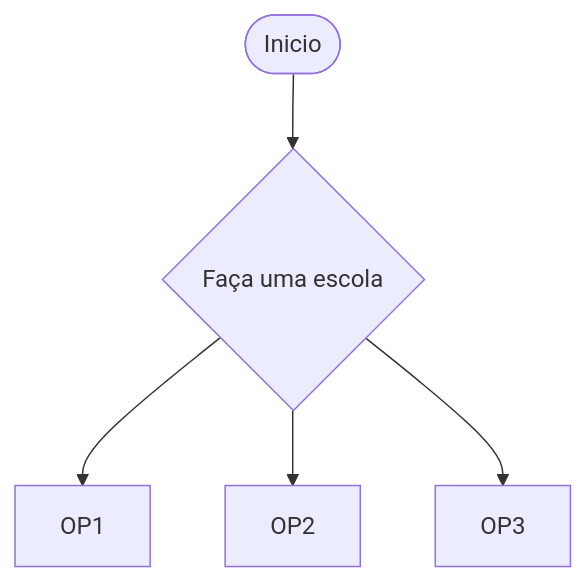
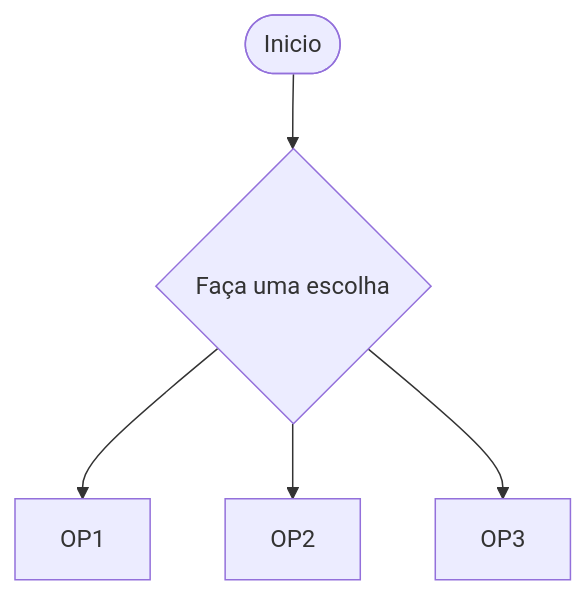
Before and after one commit to catypr/Grafico-Gannt: the diagram in README.md, drawn with Mermaid.

````diff
--- a/README.md
+++ b/README.md
@@ -2,9 +2,9 @@
 ```mermaid
 flowchart TD
 
 A(["Inicio"])
-A--> B{"Faça uma escola"}
+A--> B{"Faça uma escolha"}
 B--> C["OP1"]
 B--> D["OP2"]
 B--> E["OP3"]
 ```
````
